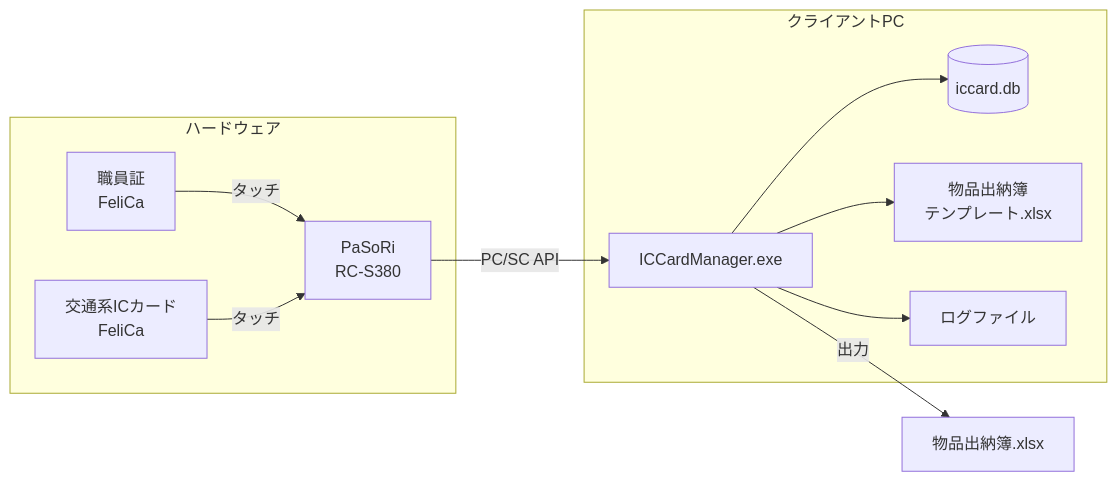
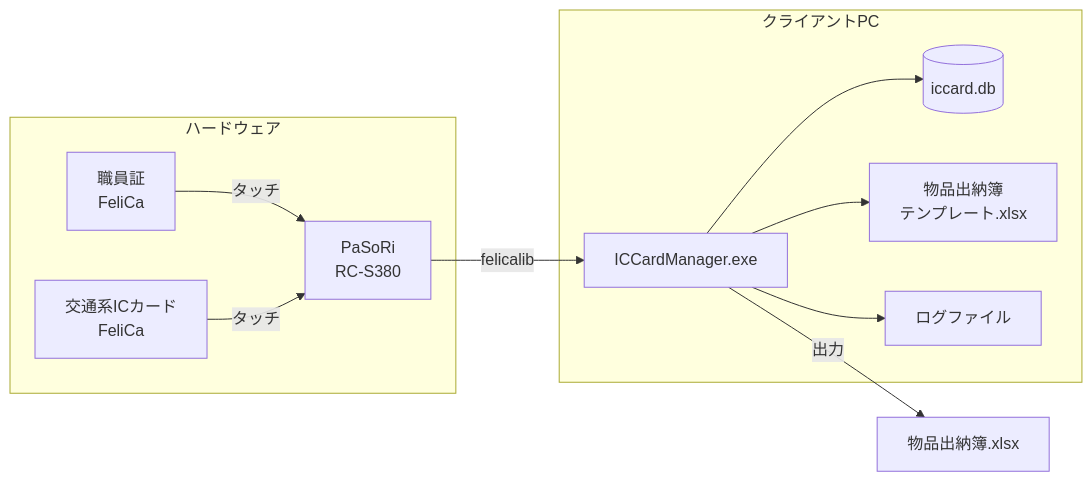
The first of 7 diagrams in ICCardManager/docs/manual/開発者ガイド.md (kuwayamamasayuki/ICCardManager), drawn with Mermaid before and after one commit. The commit also changed other lines of this file and 21 other files, not shown here.

````diff
--- a/ICCardManager/docs/manual/開発者ガイド.md
+++ b/ICCardManager/docs/manual/開発者ガイド.md
@@ -25,23 +25,23 @@
 ```mermaid
 graph LR
     subgraph "クライアントPC"
         APP[ICCardManager.exe]
         DB[(iccard.db)]
         TEMPLATE[物品出納簿<br>テンプレート.xlsx]
         LOG[ログファイル]
     end
 
     subgraph "ハードウェア"
         PASORI[PaSoRi<br>RC-S380]
         STAFF_CARD[職員証<br>FeliCa]
         IC_CARD[交通系ICカード<br>FeliCa]
     end
 
-    PASORI -->|PC/SC API| APP
+    PASORI -->|felicalib| APP
     STAFF_CARD -->|タッチ| PASORI
     IC_CARD -->|タッチ| PASORI
     APP --> DB
     APP --> TEMPLATE
     APP --> LOG
     APP -->|出力| OUTPUT[物品出納簿.xlsx]
 ```
````
